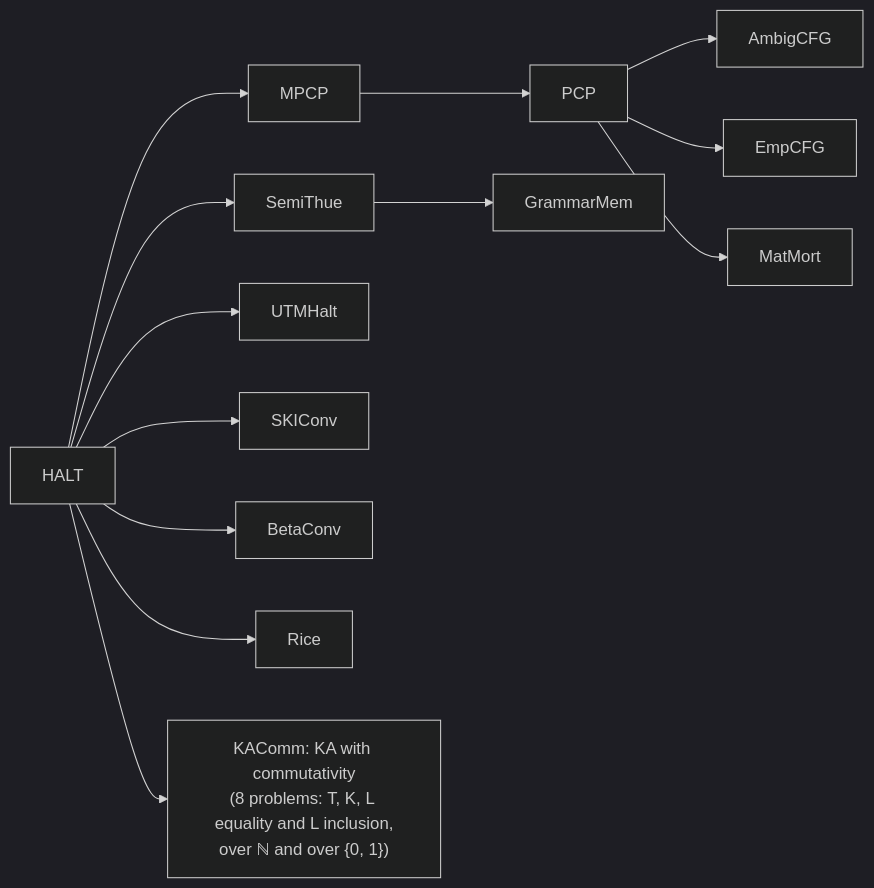
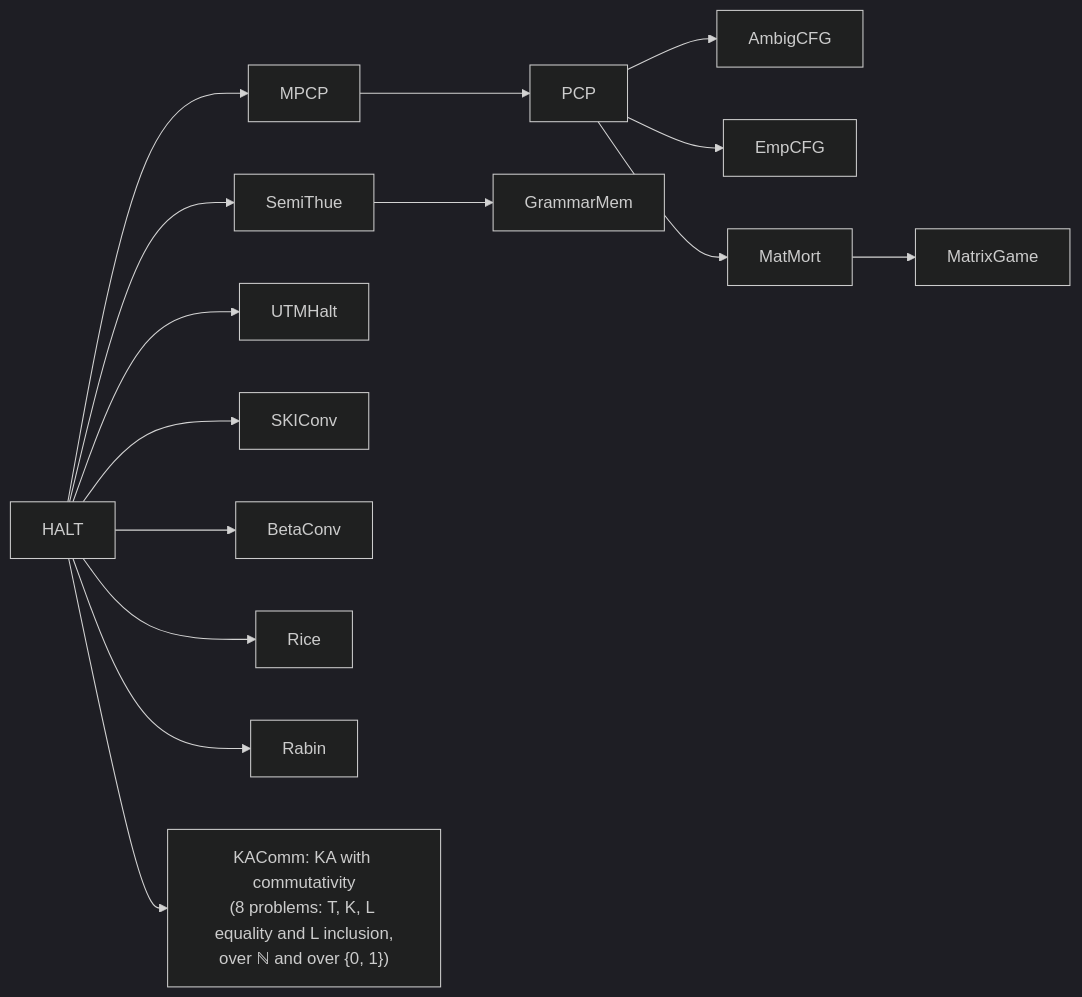
The diagram in README.md (DiagonaLean/DiagonaLean), drawn with Mermaid (dark theme) before and after one commit. The commit also changed other lines of this file and 22 other files, not shown here.

Commit message:
feat(Rabin + MatrixGame): prove undecidability of two games (#66)

````diff
--- a/README.md
+++ b/README.md
@@ -21,13 +21,15 @@
 ```mermaid
 graph LR
   HALT --> MPCP --> PCP
   HALT --> SemiThue --> GrammarMem
   PCP --> AmbigCFG
   PCP --> EmpCFG
   PCP --> MatMort
+  MatMort --> MatrixGame
   HALT --> UTMHalt
   HALT --> SKIConv
   HALT --> BetaConv
   HALT --> Rice
+  HALT --> Rabin
   HALT --> KA["KAComm: KA with commutativity<br/>(8 problems: T, K, L equality and L inclusion,<br/>over ℕ and over {0, 1})"]
 ```
````
